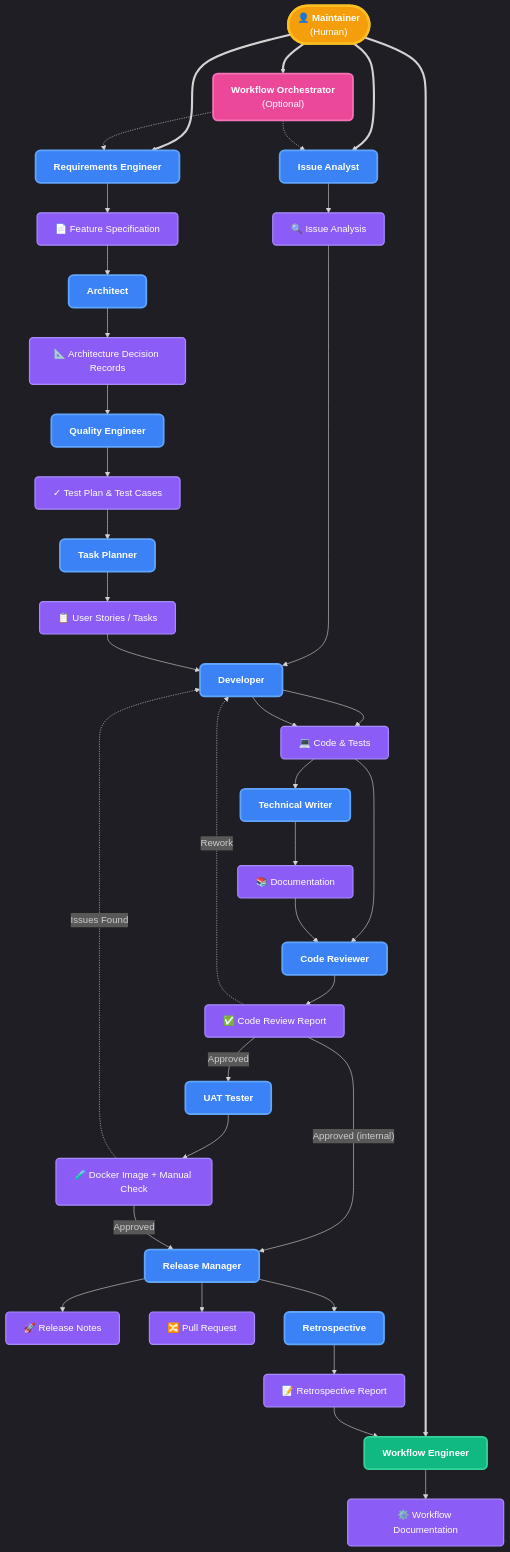
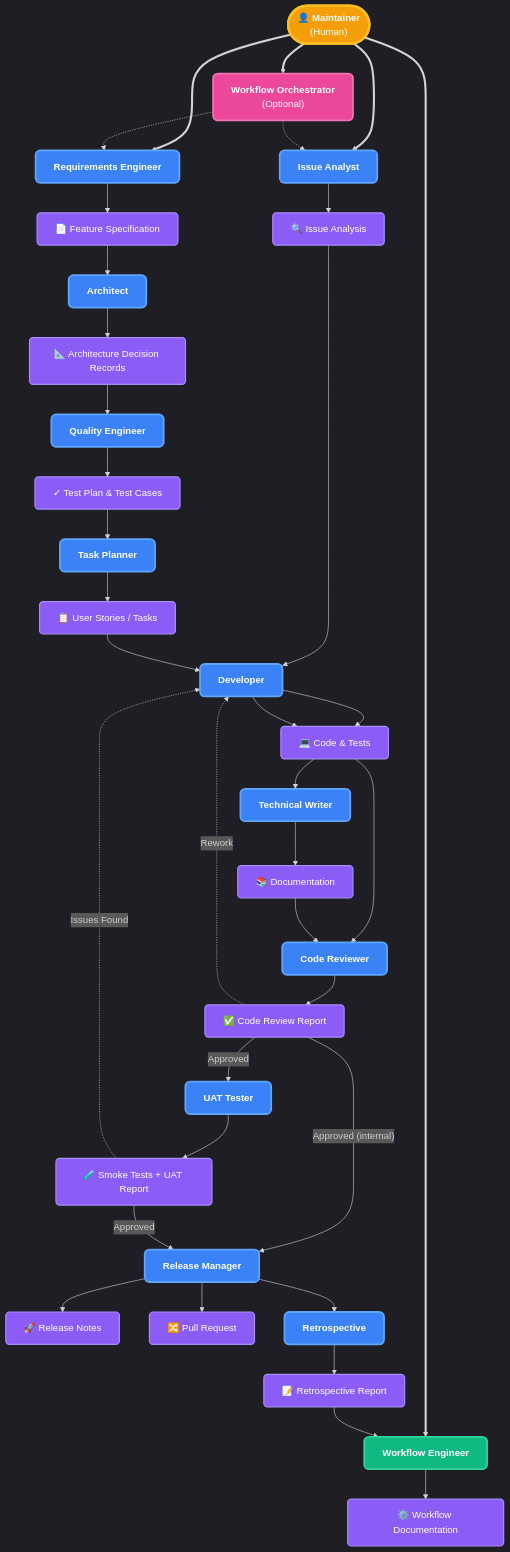
One commit to StanislavMakhrov/green-ledger changed the diagram in docs/agents.md. Above: the diagram before and after it, drawn with Mermaid. The commit also changed other lines of this file and 10 other files, not shown here.

Commit message:
workflow: rework UAT tester with automated smoke tests in CI pipeline

```diff
--- a/docs/agents.md
+++ b/docs/agents.md
@@ -232,7 +232,7 @@
 	UAT_AGENT["<b>UAT Tester</b>"]
 
 	%% Row 16: UAT Artifacts
-	UAT["🧪 Docker Image + Manual Check"]
+	UAT["🧪 Smoke Tests + UAT Report"]
 
 	%% Row 17: Release Manager
 	RM["<b>Release Manager</b>"]
```
